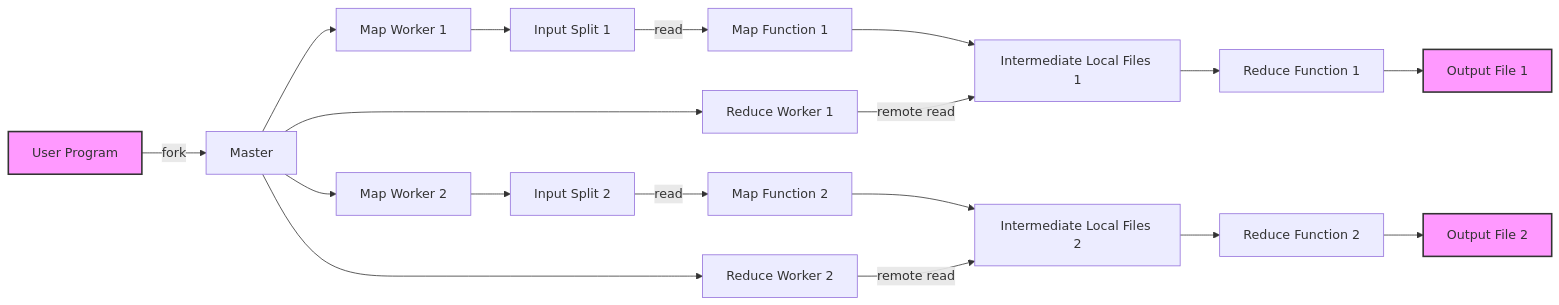
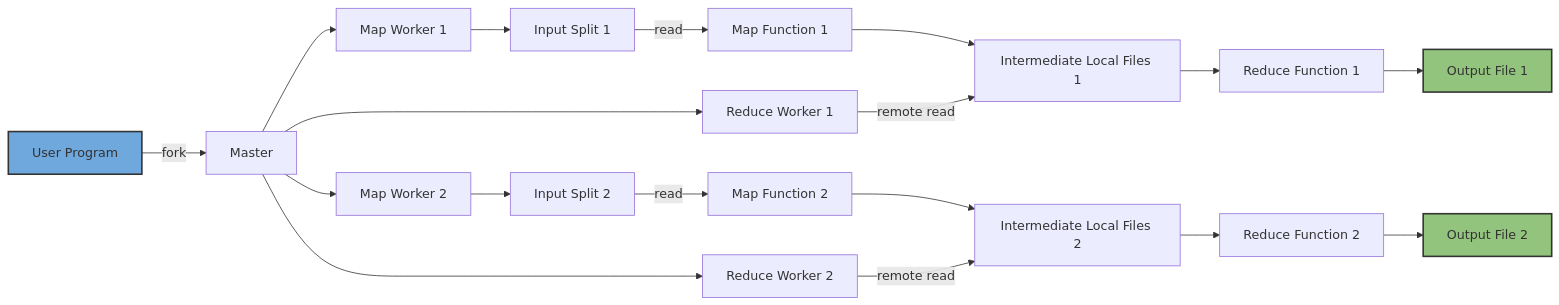
One commit to klaytoncastro/idp-bigdata changed the diagram in hadoop/README.md. Above: the diagram before and after it, drawn with Mermaid.

Commit message:
Update Hadoop

````diff
--- a/hadoop/README.md
+++ b/hadoop/README.md
@@ -72,29 +72,29 @@
 ```mermaid
 graph LR
     A[User Program] -->|fork| B[Master];
     
     %% Map Phase
     B --> C1[Map Worker 1];
     B --> C2[Map Worker 2];
     C1 --> D1[Input Split 1];
     C2 --> D2[Input Split 2];
     D1 -->|read| E1[Map Function 1];
     D2 -->|read| E2[Map Function 2];
     E1 --> F1[Intermediate Local Files 1];
     E2 --> F2[Intermediate Local Files 2];
 
     %% Reduce Phase
     B --> G1[Reduce Worker 1];
     B --> G2[Reduce Worker 2];
     G1 -->|remote read| F1;
     G2 -->|remote read| F2;
     F1 --> H1[Reduce Function 1];
     F2 --> H2[Reduce Function 2];
     H1 --> I1[Output File 1];
     H2 --> I2[Output File 2];
 
-    %% Destaques visuais (opcional)
-    style A fill:#f9f,stroke:#333,stroke-width:2px
-    style I1 fill:#f9f,stroke:#333,stroke-width:2px
-    style I2 fill:#f9f,stroke:#333,stroke-width:2px
+    %% Destaques visuais (cores compatíveis com dark/light GitHub)
+    style A fill:#6FA8DC,stroke:#333,stroke-width:2px
+    style I1 fill:#93C47D,stroke:#333,stroke-width:2px
+    style I2 fill:#93C47D,stroke:#333,stroke-width:2px
 ```
````
